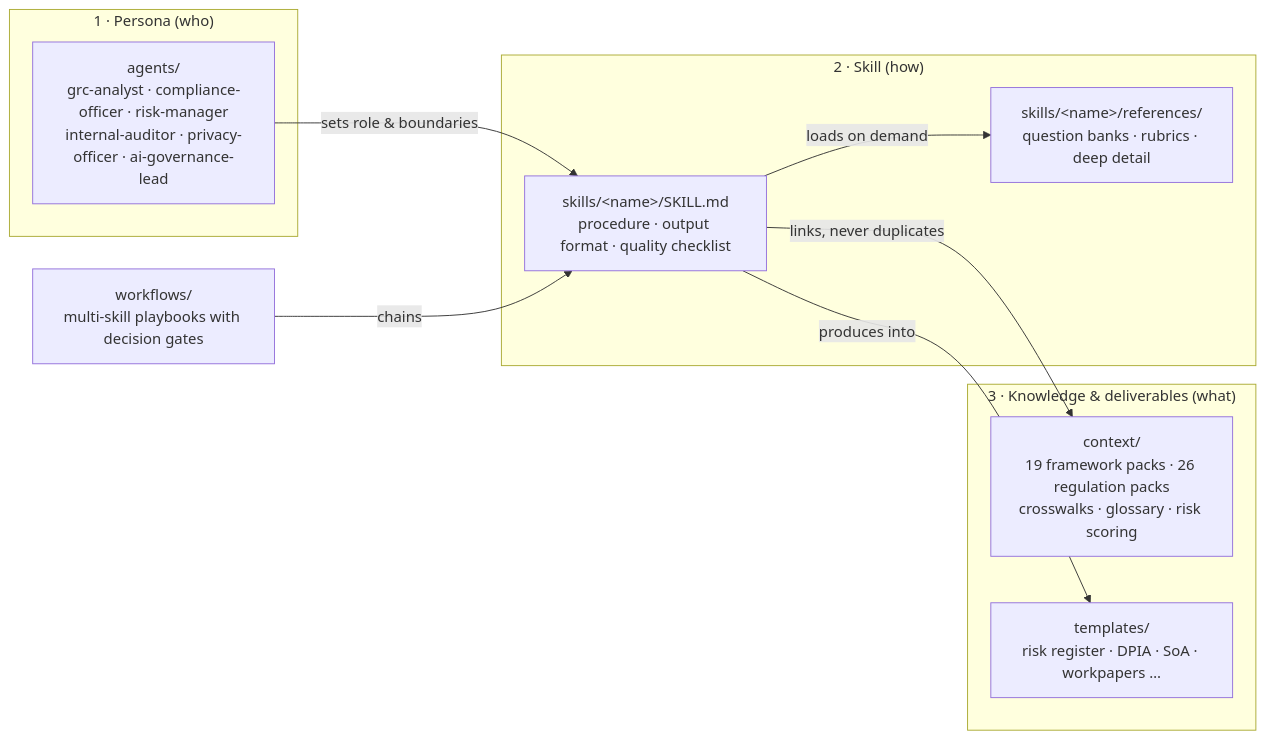
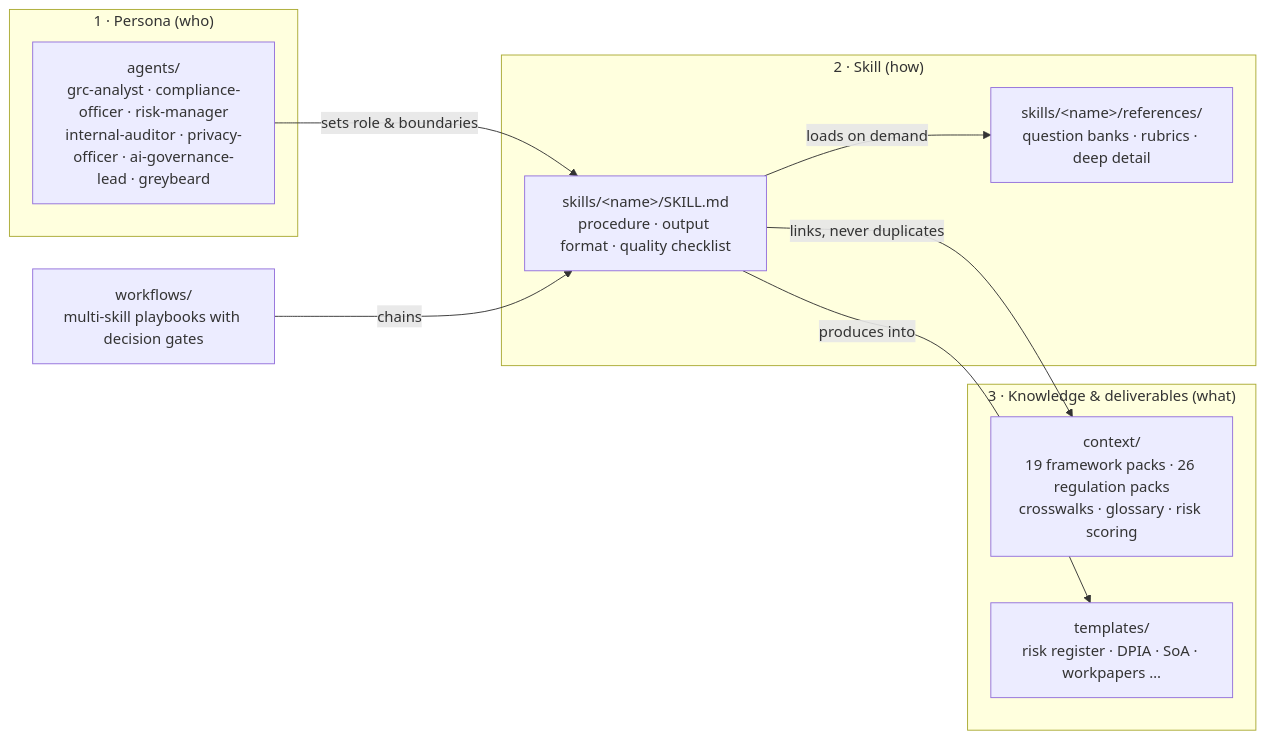
One commit to smerphy/cyber-grc-agent-skills changed the diagram in README.md. Above: the diagram before and after it, drawn with Mermaid. The commit also changed other lines of this file and 3 other files, not shown here.

````diff
--- a/README.md
+++ b/README.md
@@ -118,20 +119,20 @@
 ```mermaid
 flowchart LR
     subgraph L1["1 · Persona (who)"]
-        A["agents/<br/>grc-analyst · compliance-officer · risk-manager<br/>internal-auditor · privacy-officer · ai-governance-lead"]
+        A["agents/<br/>grc-analyst · compliance-officer · risk-manager<br/>internal-auditor · privacy-officer · ai-governance-lead · greybeard"]
     end
     subgraph L2["2 · Skill (how)"]
         S["skills/&lt;name&gt;/SKILL.md<br/>procedure · output format · quality checklist"]
         R["skills/&lt;name&gt;/references/<br/>question banks · rubrics · deep detail"]
     end
     subgraph L3["3 · Knowledge & deliverables (what)"]
         C["context/<br/>19 framework packs · 26 regulation packs<br/>crosswalks · glossary · risk scoring"]
         T["templates/<br/>risk register · DPIA · SoA · workpapers …"]
     end
     W["workflows/<br/>multi-skill playbooks with decision gates"]
     A -->|sets role & boundaries| S
     S -->|loads on demand| R
     S -->|links, never duplicates| C
     S -->|produces into| T
     W -->|chains| S
 ```
````
